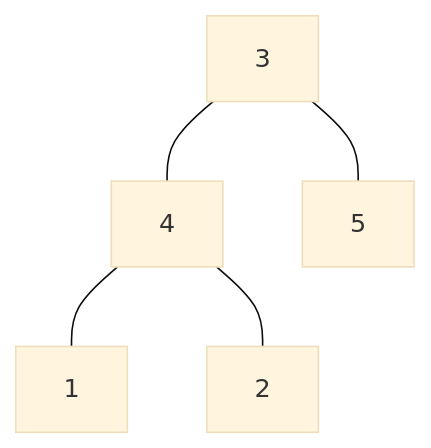
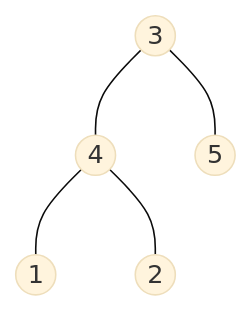
One commit to PasseRR/JavaLeetCode changed the first of 2 diagrams in docs/_chapters/2.lcof1/page1/26.md. Above: the diagram before and after it, drawn with Mermaid (base theme). The commit also changed other lines of this file, not shown here.

Commit message:
圆形

````diff
--- a/docs/_chapters/2.lcof1/page1/26.md
+++ b/docs/_chapters/2.lcof1/page1/26.md
@@ -19,7 +19,7 @@
 ```mermaid
 graph TB
-3 --- 4
-3 --- 5
-4 --- 1
-4 --- 2
+3((3)) --- 4((4))
+3 --- 5((5))
+4 --- 1((1))
+4 --- 2((2))
 ```
````
